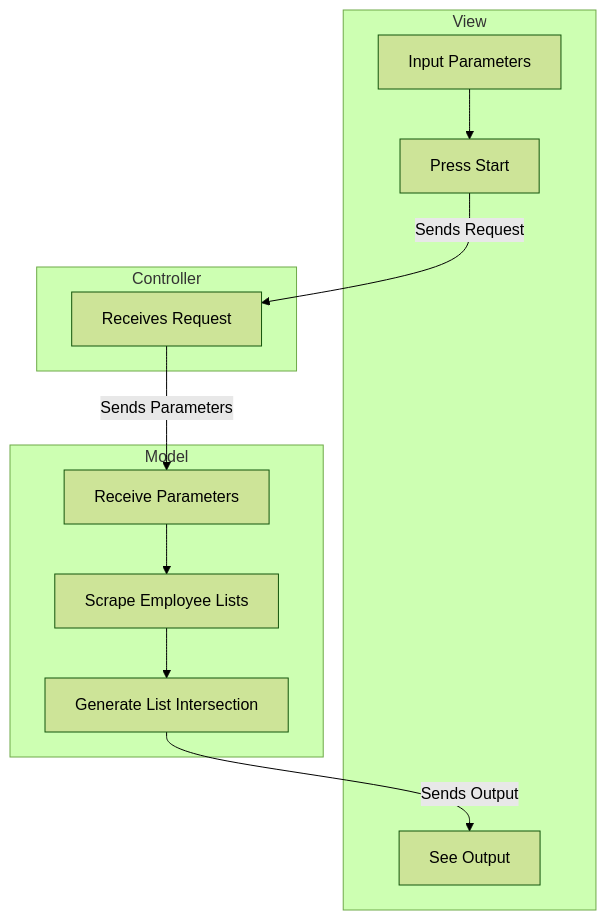
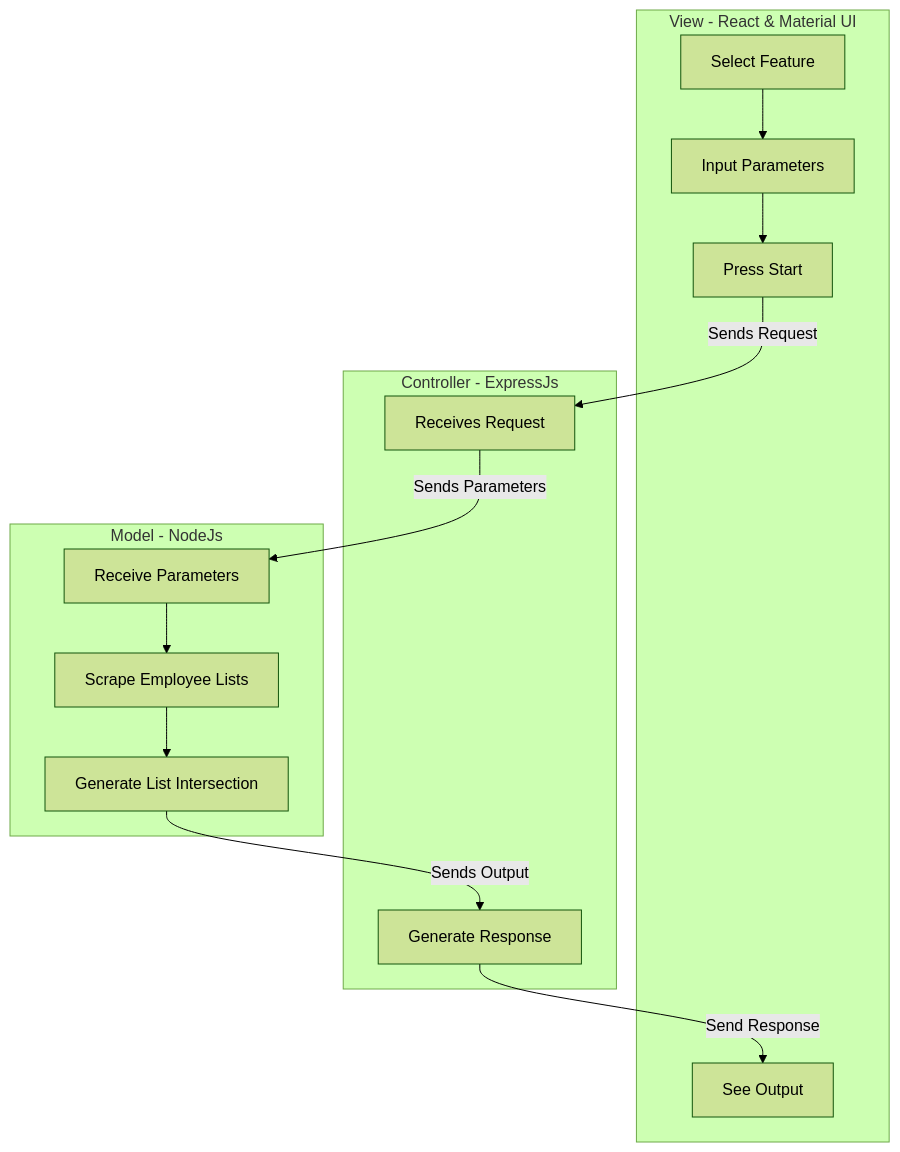
Before and after one commit to TerryCLAWong/malFigures: the diagram in README.md, drawn with Mermaid (forest theme). The commit also changed other lines of this file and 6 other files, not shown here.

````diff
--- a/README.md
+++ b/README.md
@@ -28,17 +29,23 @@
 ```mermaid
 graph TD;
     B--Sends Request-->C
     C--Sends Parameters-->D
     F--Sends Output-->G
-    subgraph View
-    G[See Output]
-    A[Input Parameters]-->B[Press Start]
+    G--Send Response-->H
+    subgraph View[View - React & Material UI]
+    
+    AA[Select Feature]-->A[Input Parameters]-->B[Press Start]
+    H[See Output]
     end
-    subgraph Controller
+
+    subgraph Controller[Controller - ExpressJs]
     C[Receives Request]
+    G[Generate Response]
     end
-    subgraph Model
-    D[Receive Parameters]-->E[Scrape Employee Lists]-->F[Generate List Intersection]
+
+    subgraph Model[Model - NodeJs]
+    D[Receive Parameters]-->E[Scrape Employee Lists]
+    E-->F[Generate List Intersection]
     end
 
 ```
````
